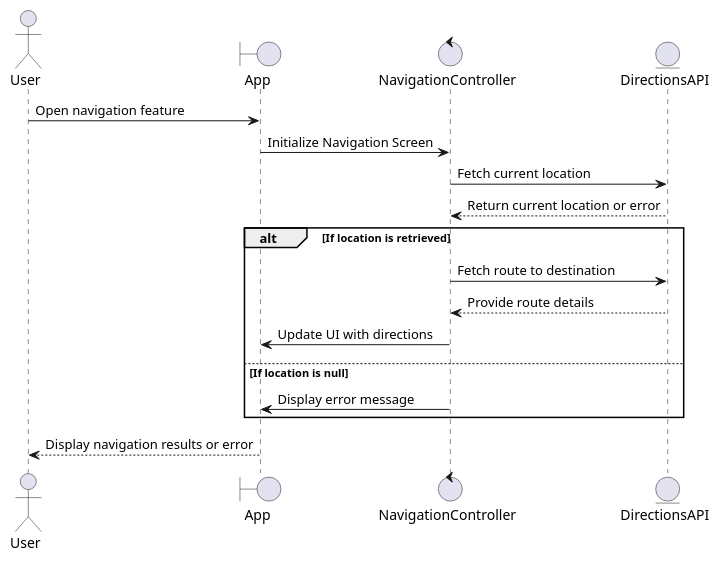
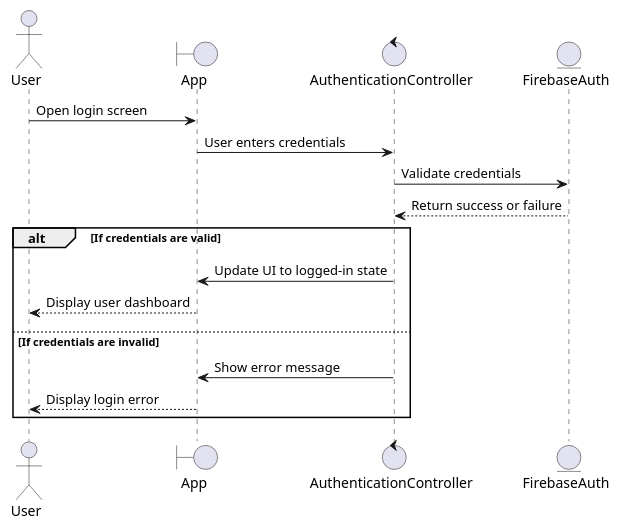
The first of 3 diagrams in src/org/CS5800/SequenceDiagram/SequenceDiagrams.puml (DanielVAppel/CS5800_Final), drawn with PlantUML before and after one commit. The commit also changed other lines of this file and 3 other files, not shown here.

First line of the commit message:
Updated Sequence and Activity Diagrams in Progress

```diff
--- a/src/org/CS5800/SequenceDiagram/SequenceDiagrams.puml
+++ b/src/org/CS5800/SequenceDiagram/SequenceDiagrams.puml
@@ -1,25 +1,23 @@
 @startuml
 
 !pragma teoz true
 
 actor User
 boundary App
-control NavigationController
-entity DirectionsAPI
+control AuthenticationController
+entity FirebaseAuth
 
-User -> App : Open navigation feature
-App -> NavigationController : Initialize Navigation Screen
-NavigationController -> DirectionsAPI : Fetch current location
-DirectionsAPI --> NavigationController : Return current location or error
+User -> App : Open login screen
+App -> AuthenticationController : User enters credentials
+AuthenticationController -> FirebaseAuth : Validate credentials
+FirebaseAuth --> AuthenticationController : Return success or failure
 
-alt If location is retrieved
-    NavigationController -> DirectionsAPI : Fetch route to destination
-    DirectionsAPI --> NavigationController : Provide route details
-    NavigationController -> App : Update UI with directions
-else If location is null
-    NavigationController -> App : Display error message
+alt If credentials are valid
+    AuthenticationController -> App : Update UI to logged-in state
+    App --> User : Display user dashboard
+else If credentials are invalid
+    AuthenticationController -> App : Show error message
+    App --> User : Display login error
 end
 
-App --> User : Display navigation results or error
-
 @enduml
```
